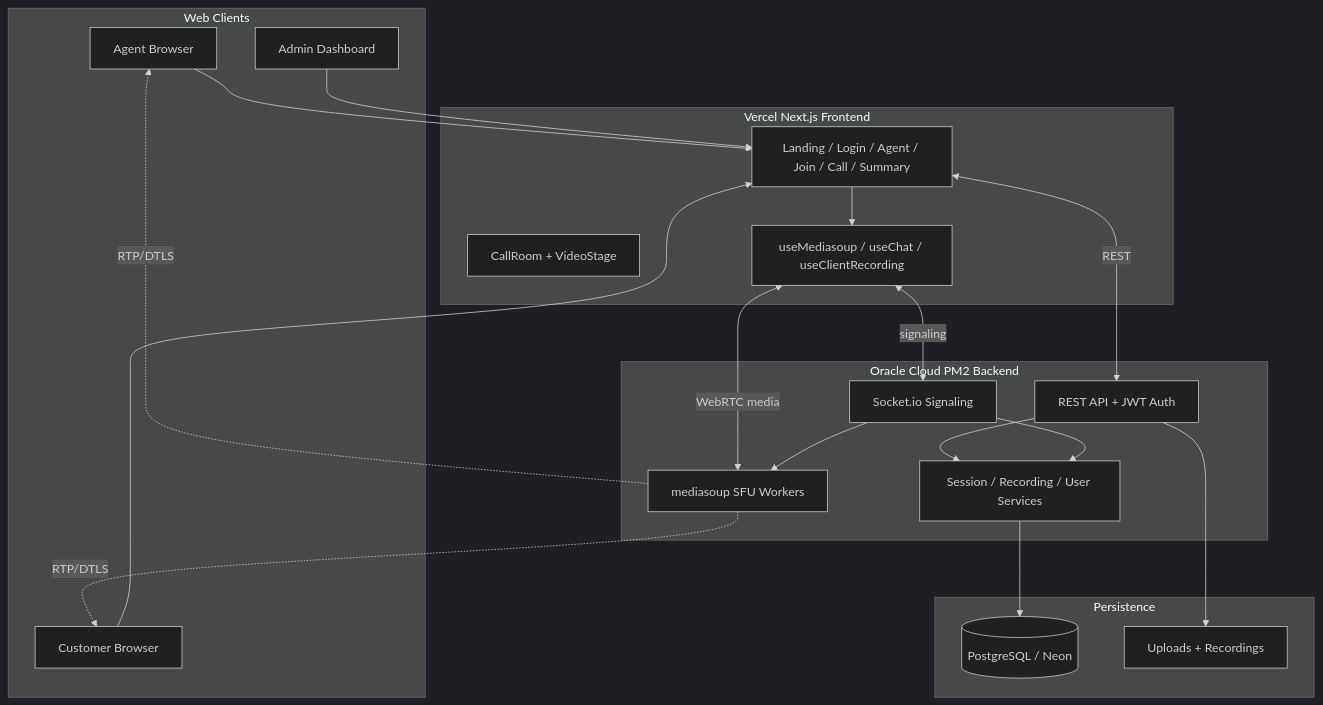
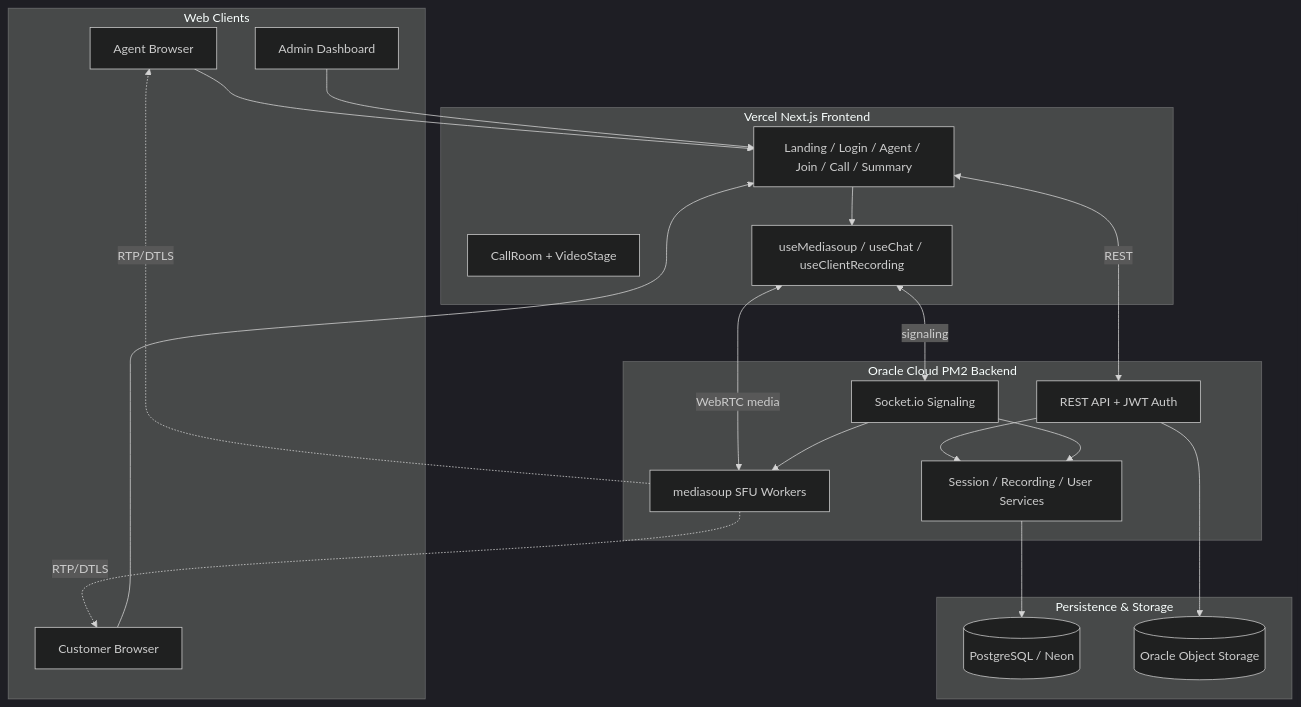
Before and after one commit to kartik-kumar-pandey/AssistSphere: the first of 2 diagrams in ARCHITECTURE.md, drawn with Mermaid (dark theme). The commit also changed other lines of this file and 14 other files, not shown here.

````diff
--- a/ARCHITECTURE.md
+++ b/ARCHITECTURE.md
@@ -7,41 +7,41 @@
 ```mermaid
 flowchart TB
   subgraph clients [Web Clients]
     Agent[Agent Browser]
     Customer[Customer Browser]
     Admin[Admin Dashboard]
   end
 
   subgraph frontend [Vercel Next.js Frontend]
     Pages[Landing / Login / Agent / Join / Call / Summary]
     CallUI[CallRoom + VideoStage]
     Hooks[useMediasoup / useChat / useClientRecording]
   end
 
   subgraph backend [Oracle Cloud PM2 Backend]
     API[REST API + JWT Auth]
     Socket[Socket.io Signaling]
     MS[mediasoup SFU Workers]
     Services[Session / Recording / User Services]
   end
 
-  subgraph data [Persistence]
+  subgraph data [Persistence & Storage]
   PG[(PostgreSQL / Neon)]
-  Files[Uploads + Recordings]
+  OCI[(Oracle Object Storage)]
   end
 
   Agent --> Pages
   Customer --> Pages
   Admin --> Pages
   Pages --> Hooks
   Hooks <-->|WebRTC media| MS
   Hooks <-->|signaling| Socket
   Pages <-->|REST| API
   API --> Services
   Socket --> MS
   Socket --> Services
   Services --> PG
-  API --> Files
+  API --> OCI
   MS -.->|RTP/DTLS| Agent
   MS -.->|RTP/DTLS| Customer
 ```
````
